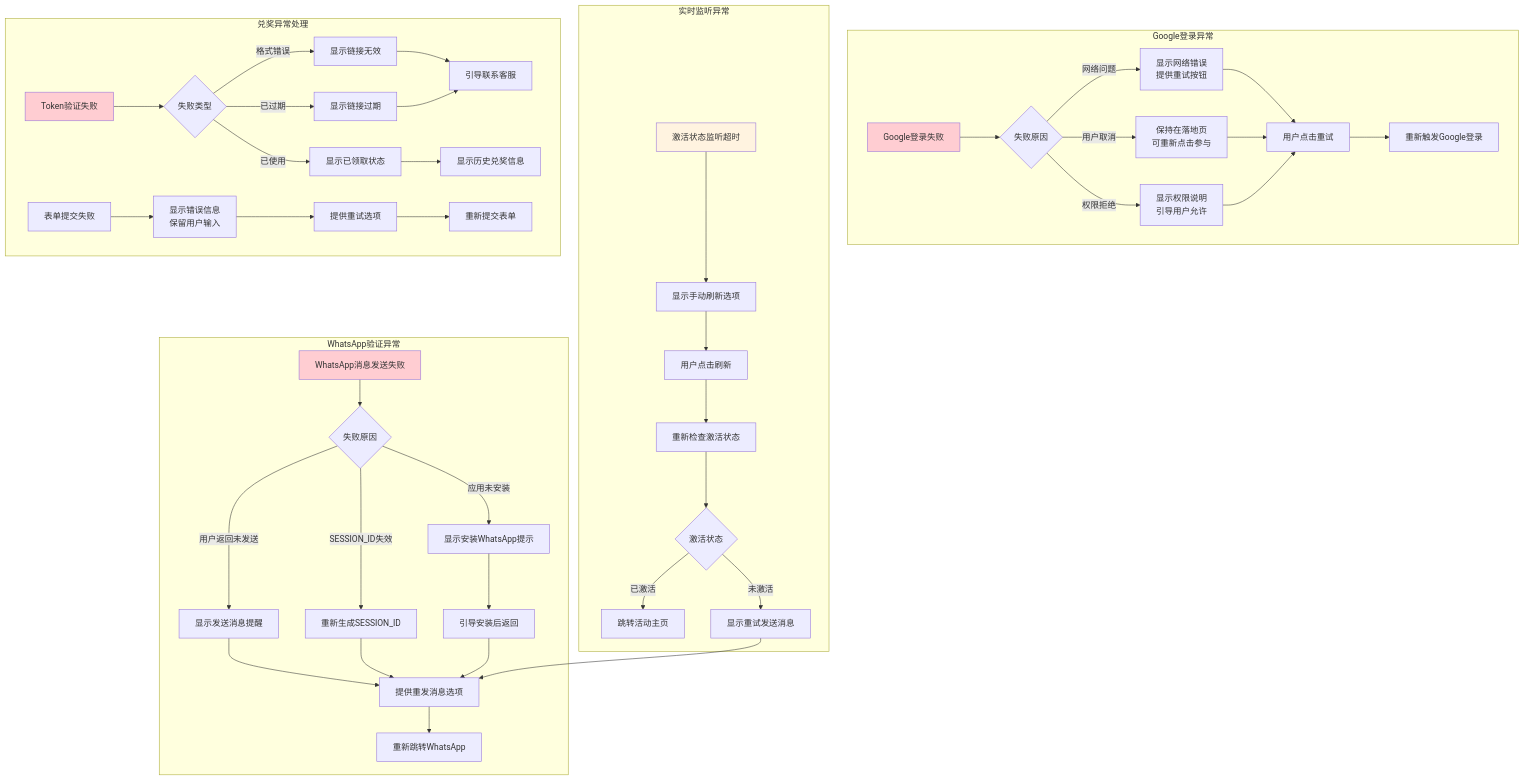
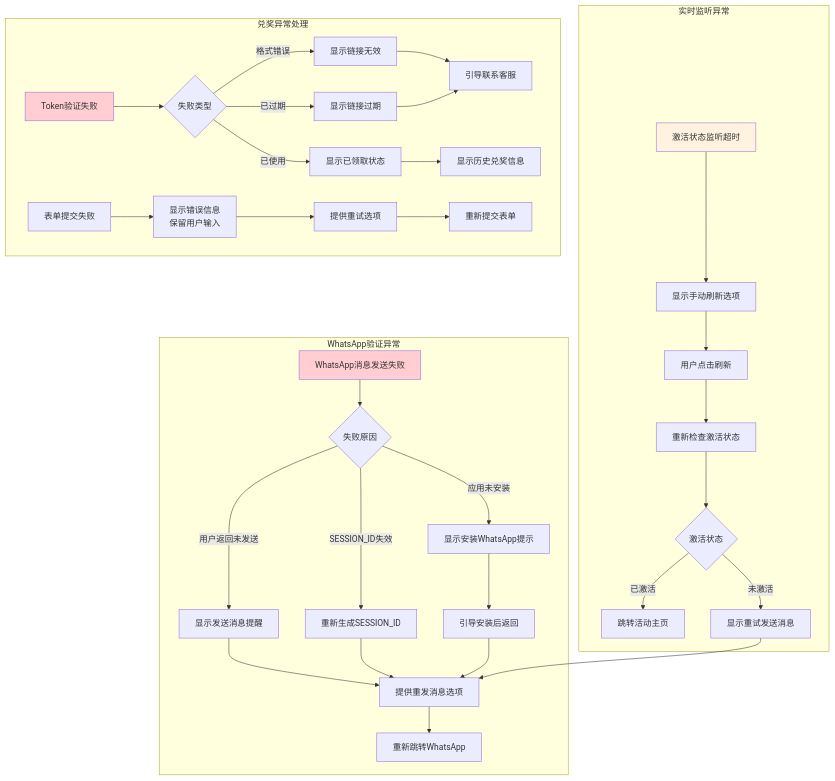
Before and after one commit to penny-design/CCDEMO: the fifth of 6 diagrams in design/Flowchart.md, drawn with Mermaid. The commit also changed other lines of this file and 18 other files, not shown here.

````diff
--- a/design/Flowchart.md
+++ b/design/Flowchart.md
@@ -258,57 +246,44 @@
 ```mermaid
 graph TD
-    subgraph "Google登录异常"
-        A[Google登录失败] --> B{失败原因}
-        B -->|网络问题| C[显示网络错误<br/>提供重试按钮]
-        B -->|用户取消| D[保持在落地页<br/>可重新点击参与]
-        B -->|权限拒绝| E[显示权限说明<br/>引导用户允许]
-        
-        C --> F[用户点击重试]
-        D --> F
-        E --> F
-        F --> G[重新触发Google登录]
-    end
-
     subgraph "WhatsApp验证异常"
         H[WhatsApp消息发送失败] --> I{失败原因}
         I -->|应用未安装| J[显示安装WhatsApp提示]
         I -->|用户返回未发送| K[显示发送消息提醒]
         I -->|SESSION_ID失效| L[重新生成SESSION_ID]
         
         J --> M[引导安装后返回]
         K --> N[提供重发消息选项]
         L --> N
         M --> N
         N --> O[重新跳转WhatsApp]
     end
 
     subgraph "实时监听异常"
         P[激活状态监听超时] --> Q[显示手动刷新选项]
         Q --> R[用户点击刷新]
         R --> S[重新检查激活状态]
         S --> T{激活状态}
         T -->|已激活| U[跳转活动主页]
         T -->|未激活| V[显示重试发送消息]
         V --> N
     end
 
     subgraph "兑奖异常处理"
         W[Token验证失败] --> X{失败类型}
         X -->|格式错误| Y[显示链接无效]
         X -->|已过期| Z[显示链接过期]
         X -->|已使用| AA[显示已领取状态]
         
         Y --> BB[引导联系客服]
         Z --> BB
         AA --> CC[显示历史兑奖信息]
         
         DD[表单提交失败] --> EE[显示错误信息<br/>保留用户输入]
         EE --> FF[提供重试选项]
         FF --> GG[重新提交表单]
     end
 
-    style A fill:#ffcdd2
     style H fill:#ffcdd2
     style P fill:#fff3e0
     style W fill:#ffcdd2
 ```
````
